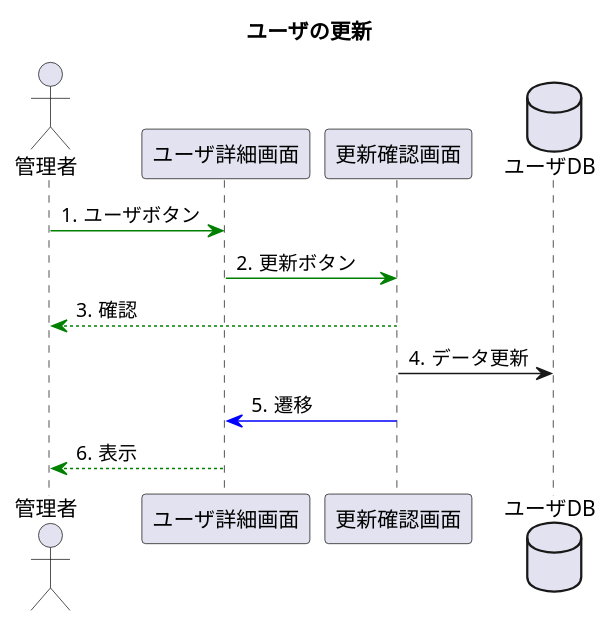
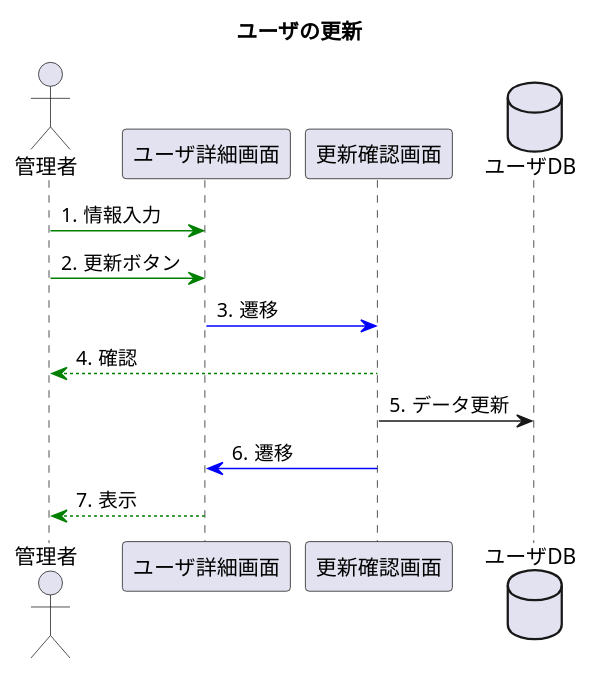
Before and after one commit to toufu66/ProjectC: the diagram in uml/seq_update.pu, drawn with PlantUML. The commit also changed 1 other file, not shown here.

```diff
--- a/uml/seq_update.pu
+++ b/uml/seq_update.pu
@@ -1,18 +1,19 @@
 @startuml
 title ユーザの更新
 
 autonumber "#."
 
 actor 管理者
 participant ユーザ詳細画面
 participant 更新確認画面
 database ユーザDB
 
 
-管理者 -[#green]> ユーザ詳細画面:ユーザボタン
-ユーザ詳細画面 -[#green]> 更新確認画面:更新ボタン
+管理者 -[#green]> ユーザ詳細画面:情報入力
+管理者 -[#green]> ユーザ詳細画面:更新ボタン
+ユーザ詳細画面 -[#blue]> 更新確認画面:遷移
 更新確認画面 --[#green]> 管理者:確認
 更新確認画面 -> ユーザDB:データ更新
 更新確認画面 -[#blue]> ユーザ詳細画面:遷移
 ユーザ詳細画面 --[#green]> 管理者:表示
 @enduml
```
